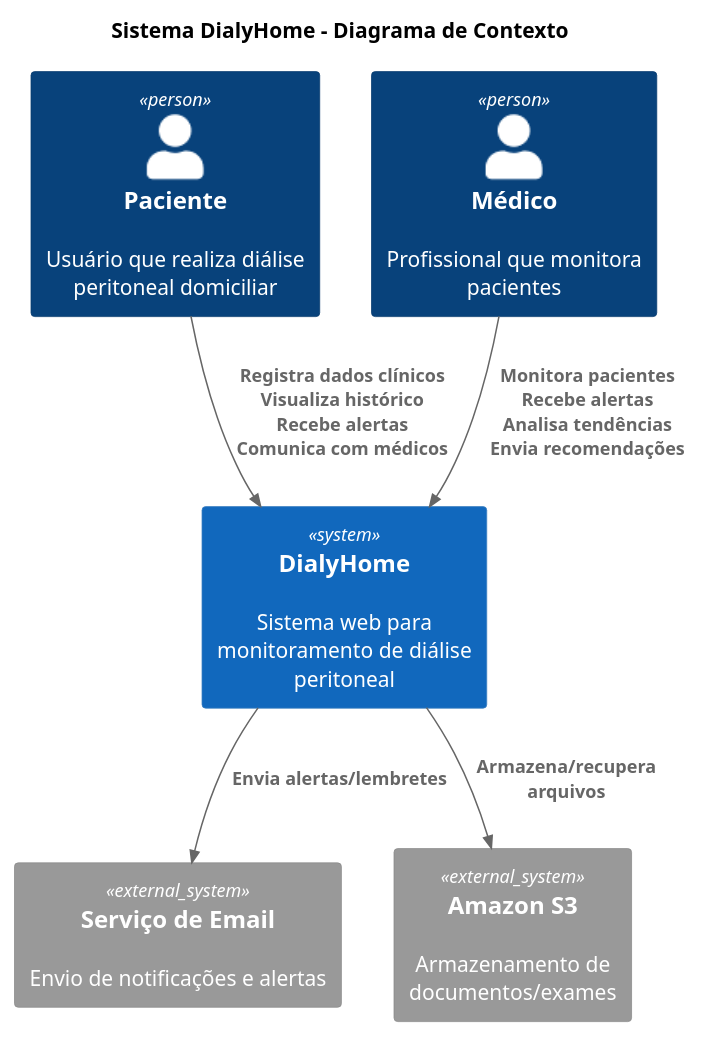
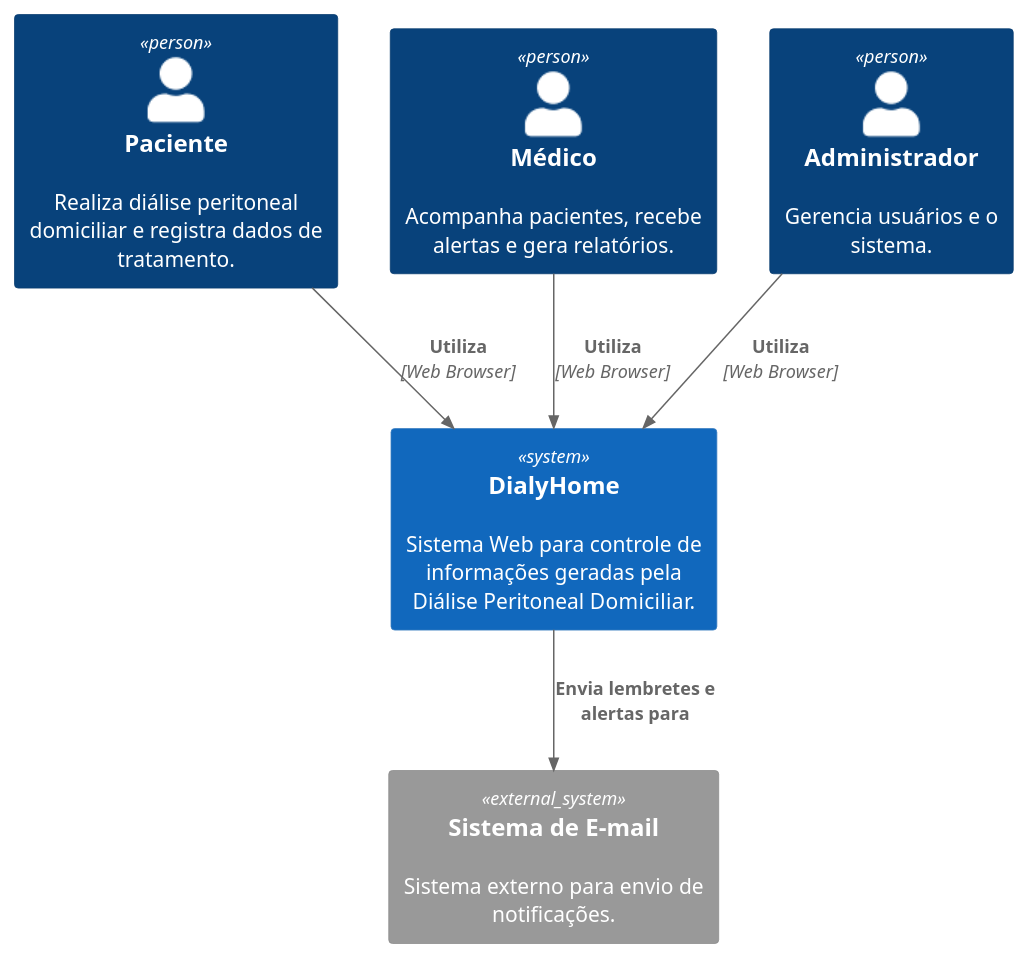
Before and after one commit to Gabriela-Oliveira-Portifolio/DialyHome: the diagram in C4model_dialise_peritonial_Nivel1_Contexto.puml, drawn with PlantUML.

```diff
--- a/C4model_dialise_peritonial_Nivel1_Contexto.puml
+++ b/C4model_dialise_peritonial_Nivel1_Contexto.puml
@@ -1,19 +1,17 @@
 @startuml
-!includeurl https://raw.githubusercontent.com/plantuml-stdlib/C4-PlantUML/master/C4_Context.puml
+!include https://raw.githubusercontent.com/plantuml-stdlib/C4-PlantUML/master/C4_Context.puml
 
-  title Sistema DialyHome - Diagrama de Contexto
+Person(patient, "Paciente", "Realiza diálise peritoneal domiciliar e registra dados de tratamento.")
+Person(doctor, "Médico", "Acompanha pacientes, recebe alertas e gera relatórios.")
+Person(admin, "Administrador", "Gerencia usuários e o sistema.")
 
-  Person(paciente, "Paciente", "Usuário que realiza diálise peritoneal domiciliar")
-  Person(medico, "Médico", "Profissional que monitora pacientes")
+System(dialyhome, "DialyHome", "Sistema Web para controle de informações geradas pela Diálise Peritoneal Domiciliar.")
 
-  System(dialyhome, "DialyHome", "Sistema web para monitoramento de diálise peritoneal")
+System_Ext(email_system, "Sistema de E-mail", "Sistema externo para envio de notificações.")
 
-  Rel(paciente, dialyhome, "Registra dados clínicos\nVisualiza histórico\nRecebe alertas\nComunica com médicos")
-  Rel(medico, dialyhome, "Monitora pacientes\nRecebe alertas\nAnalisa tendências\nEnvia recomendações")
+Rel(patient, dialyhome, "Utiliza", "Web Browser")
+Rel(doctor, dialyhome, "Utiliza", "Web Browser")
+Rel(admin, dialyhome, "Utiliza", "Web Browser")
+Rel(dialyhome, email_system, "Envia lembretes e alertas para")
 
-  System_Ext(email, "Serviço de Email", "Envio de notificações e alertas")
-  System_Ext(s3, "Amazon S3", "Armazenamento de documentos/exames")
-
-  Rel(dialyhome, email, "Envia alertas/lembretes")
-  Rel(dialyhome, s3, "Armazena/recupera arquivos")
 @enduml
```
